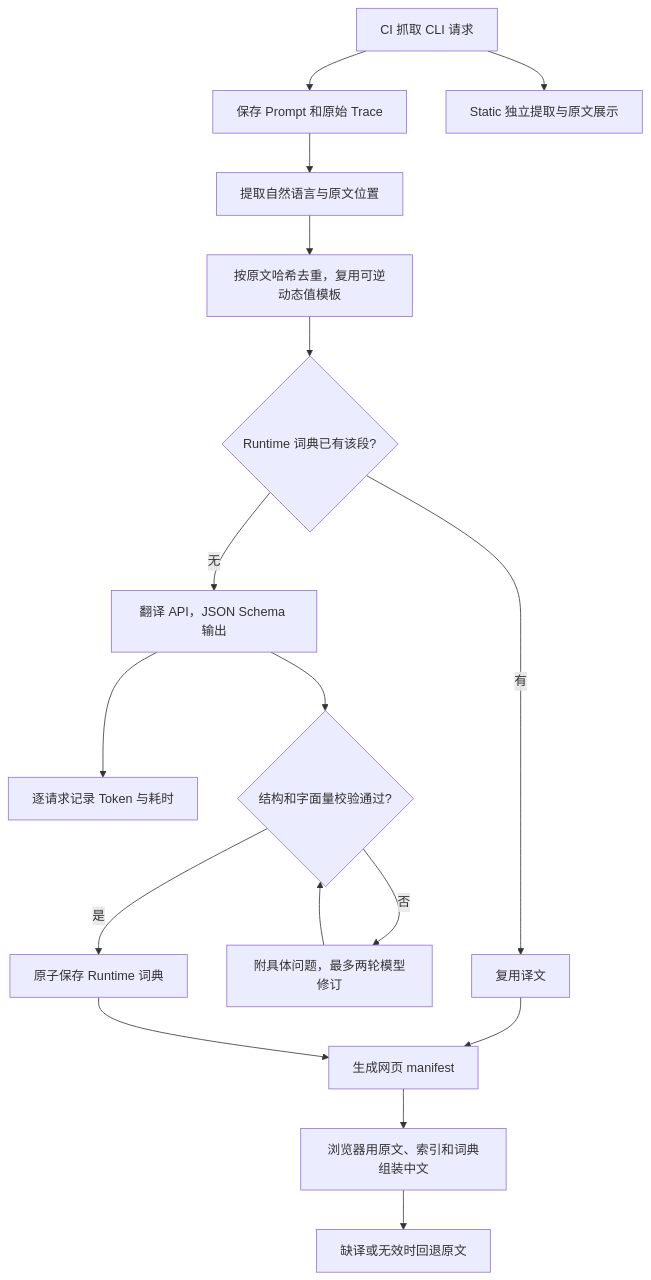
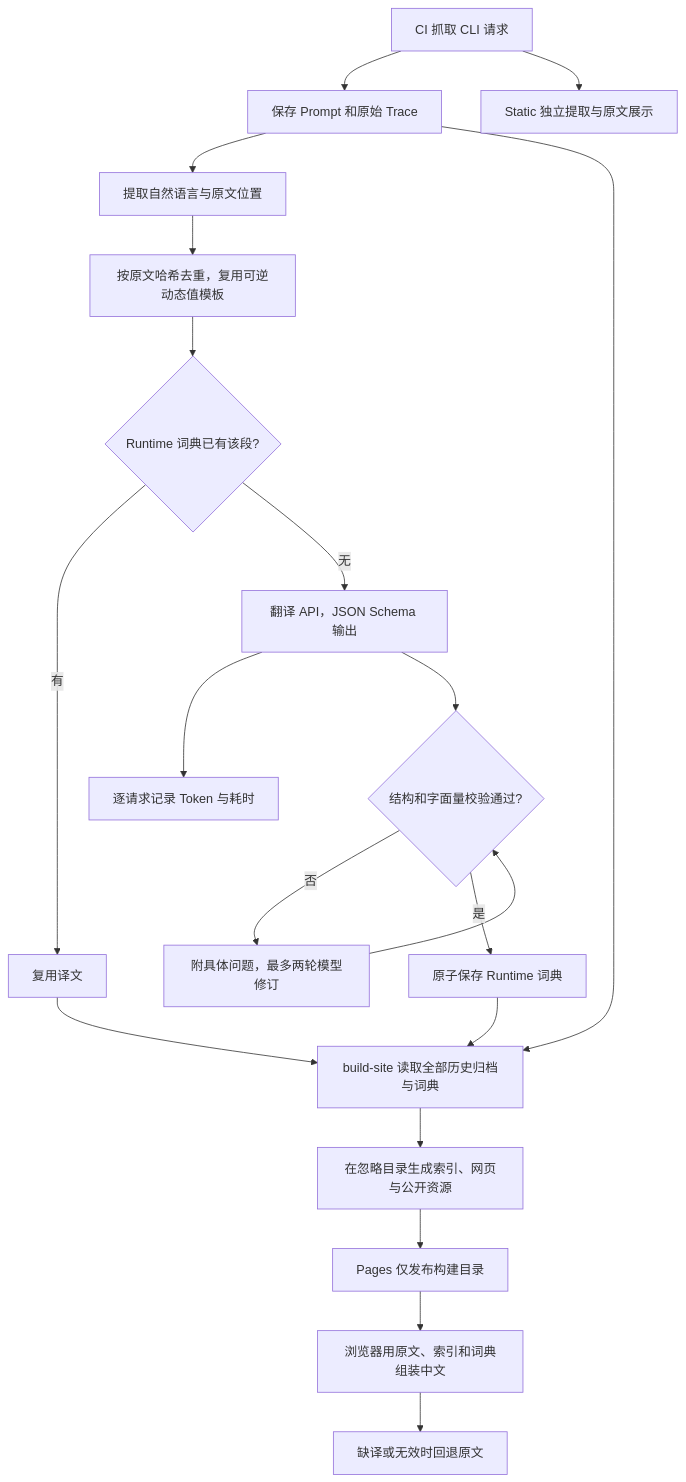
One commit to DragonnZhang/phistory-fork-backup-20260825 changed the diagram in docs/translation-volume.md. Above: the diagram before and after it, drawn with Mermaid. The commit also changed other lines of this file and 2031 other files, not shown here.

First line of the commit message:
Build translation indexes only for site publication (#55)

````diff
--- a/docs/translation-volume.md
+++ b/docs/translation-volume.md
@@ -93,19 +105,22 @@
 ```mermaid
 flowchart TD
     A[CI 抓取 CLI 请求] --> B[保存 Prompt 和原始 Trace]
     B --> C[提取自然语言与原文位置]
     C --> D[按原文哈希去重，复用可逆动态值模板]
     D --> E{Runtime 词典已有该段?}
     E -- 有 --> F[复用译文]
     E -- 无 --> G[翻译 API，JSON Schema 输出]
     G --> U[逐请求记录 Token 与耗时]
     G --> H{结构和字面量校验通过?}
     H -- 否 --> I[附具体问题，最多两轮模型修订]
     I --> H
     H -- 是 --> J[原子保存 Runtime 词典]
-    F --> K[生成网页 manifest]
+    F --> K
+    B --> K[build-site 读取全部历史归档与词典]
     J --> K
-    K --> L[浏览器用原文、索引和词典组装中文]
+    K --> N[在忽略目录生成索引、网页与公开资源]
+    N --> P[Pages 仅发布构建目录]
+    P --> L[浏览器用原文、索引和词典组装中文]
     L --> M[缺译或无效时回退原文]
     A --> S[Static 独立提取与原文展示]
 ```
````
